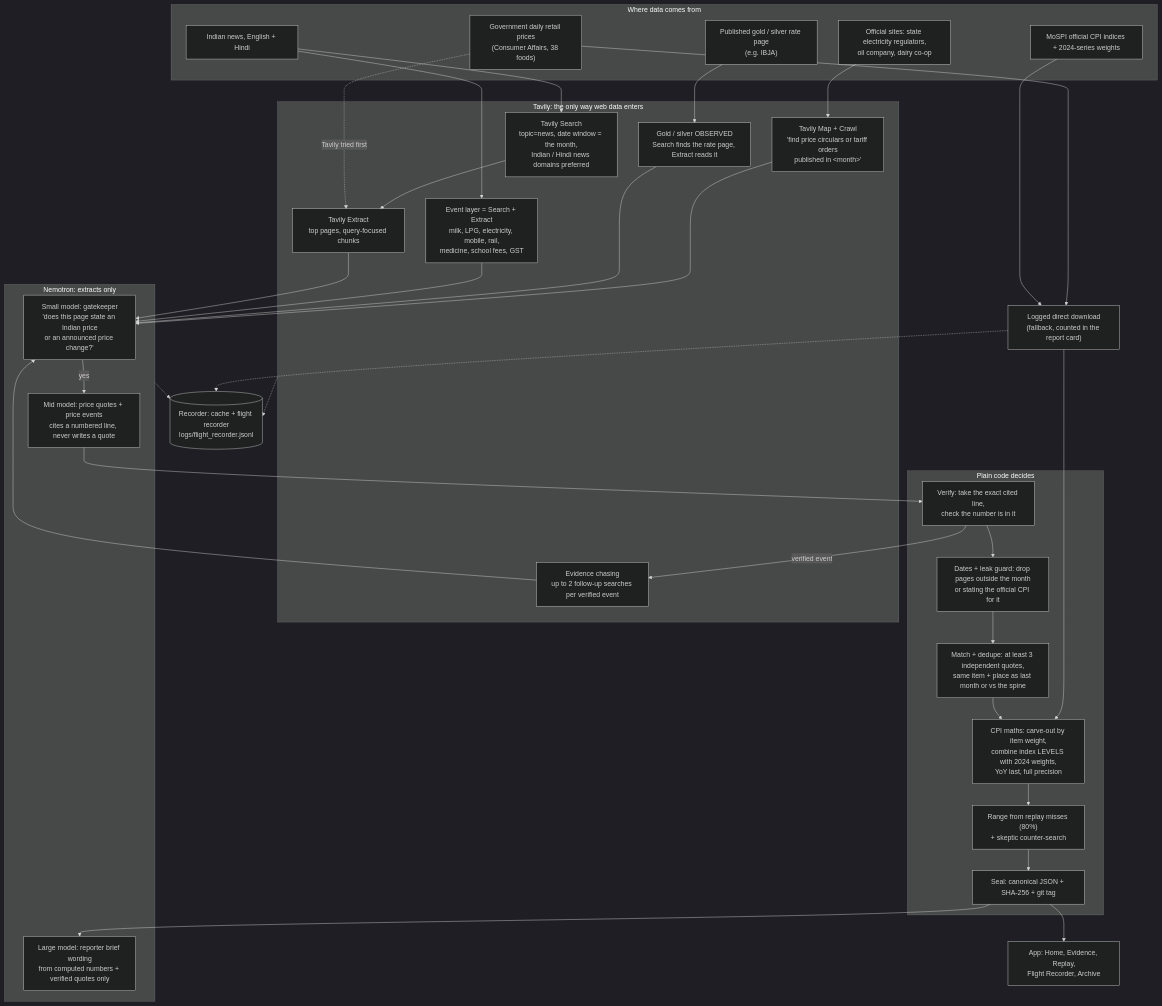
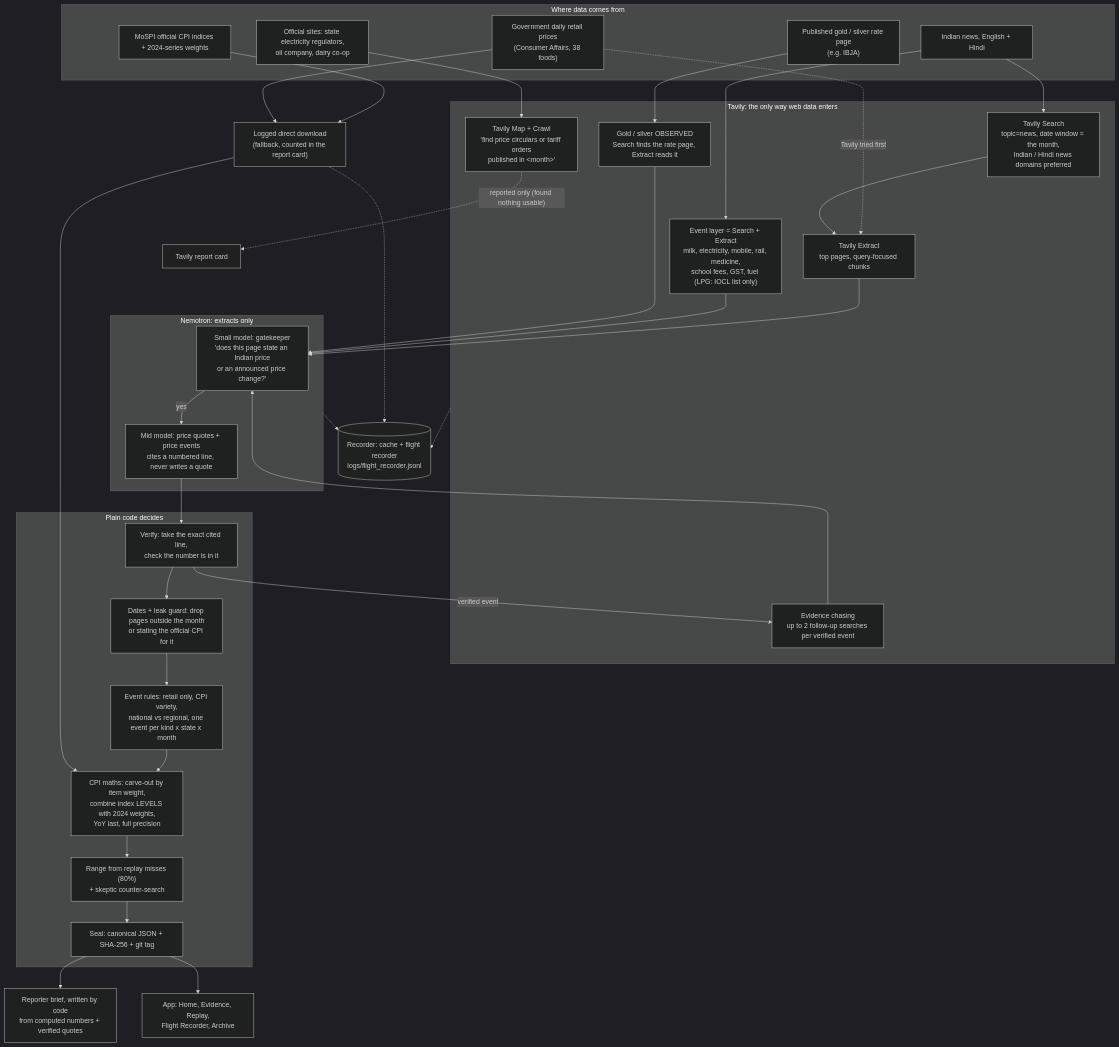
The diagram in docs/pipeline.md (bhavikjain026/shadow-cpi), drawn with Mermaid (dark theme) before and after one commit. The commit also changed other lines of this file and 7 other files, not shown here.

````diff
--- a/docs/pipeline.md
+++ b/docs/pipeline.md
@@ -8,62 +8,61 @@
 ```mermaid
 flowchart TD
     subgraph SRC["Where data comes from"]
         MOSPI["MoSPI official CPI indices + 2024-series weights"]
         GOV["Government daily retail prices<br/>(Consumer Affairs, 38 foods)"]
         NEWS["Indian news, English + Hindi"]
         IBJA["Published gold / silver rate page<br/>(e.g. IBJA)"]
         OFF["Official sites: state electricity regulators,<br/>oil company, dairy co-op"]
     end
 
     subgraph TAV["Tavily: the only way web data enters"]
         T_SEARCH["Tavily Search<br/>topic=news, date window = the month,<br/>Indian / Hindi news domains preferred"]
         T_EXTRACT["Tavily Extract<br/>top pages, query-focused chunks"]
         T_MAPCRAWL["Tavily Map + Crawl<br/>'find price circulars or tariff orders<br/>published in &lt;month&gt;'"]
-        T_EVENTS["Event layer = Search + Extract<br/>milk, LPG, electricity, mobile, rail,<br/>medicine, school fees, GST"]
+        T_EVENTS["Event layer = Search + Extract<br/>milk, electricity, mobile, rail, medicine,<br/>school fees, GST, fuel (LPG: IOCL list only)"]
         T_GOLD["Gold / silver OBSERVED<br/>Search finds the rate page, Extract reads it"]
         T_CHASE["Evidence chasing<br/>up to 2 follow-up searches per verified event"]
     end
 
     DIRECT["Logged direct download<br/>(fallback, counted in the report card)"]
 
     subgraph NEM["Nemotron: extracts only"]
         N_GATE["Small model: gatekeeper<br/>'does this page state an Indian price<br/>or an announced price change?'"]
         N_EXTRACT["Mid model: price quotes + price events<br/>cites a numbered line, never writes a quote"]
-        N_BRIEF["Large model: reporter brief wording<br/>from computed numbers + verified quotes only"]
     end
 
     subgraph CODE["Plain code decides"]
         C_VERIFY["Verify: take the exact cited line,<br/>check the number is in it"]
         C_DATES["Dates + leak guard: drop pages outside the month<br/>or stating the official CPI for it"]
-        C_MATCH["Match + dedupe: at least 3 independent quotes,<br/>same item + place as last month or vs the spine"]
+        C_MATCH["Event rules: retail only, CPI variety,<br/>national vs regional, one event per kind x state x month"]
         C_MATH["CPI maths: carve-out by item weight,<br/>combine index LEVELS with 2024 weights,<br/>YoY last, full precision"]
         C_RANGE["Range from replay misses (80%)<br/>+ skeptic counter-search"]
         C_SEAL["Seal: canonical JSON + SHA-256 + git tag"]
     end
 
     MOSPI --> DIRECT
     GOV --> DIRECT
     GOV -. "Tavily tried first" .-> T_EXTRACT
     NEWS --> T_SEARCH --> T_EXTRACT
     NEWS --> T_EVENTS
     IBJA --> T_GOLD
     OFF --> T_MAPCRAWL
 
     T_EXTRACT --> N_GATE
     T_EVENTS --> N_GATE
     T_GOLD --> N_GATE
-    T_MAPCRAWL --> N_GATE
+    T_MAPCRAWL -. "reported only (found nothing usable)" .-> REPORT["Tavily report card"]
     N_GATE -- "yes" --> N_EXTRACT
     N_EXTRACT --> C_VERIFY
     C_VERIFY -- "verified event" --> T_CHASE --> N_GATE
     C_VERIFY --> C_DATES --> C_MATCH --> C_MATH
     DIRECT --> C_MATH
     C_MATH --> C_RANGE --> C_SEAL
-    C_SEAL --> N_BRIEF
+    C_SEAL --> BRIEF["Reporter brief, written by code<br/>from computed numbers + verified quotes"]
     C_SEAL --> APP["App: Home, Evidence, Replay,<br/>Flight Recorder, Archive"]
 
     REC[("Recorder: cache + flight recorder<br/>logs/flight_recorder.jsonl")]
     TAV -.-> REC
     NEM -.-> REC
     DIRECT -.-> REC
 ```
````
